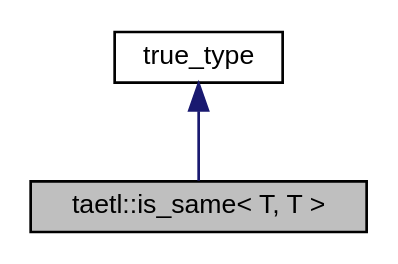
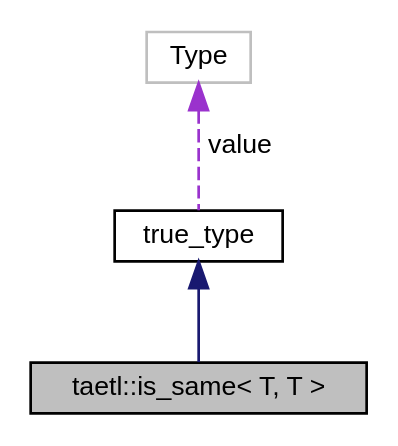
The diagram in structtaetl_1_1is__same_3_01T_00_01T_01_4__coll__graph.dot (tobanteAudio/taetl), drawn with Graphviz before and after one commit. The commit also changed 111 other files, not shown here.

```diff
--- a/structtaetl_1_1is__same_3_01T_00_01T_01_4__coll__graph.dot
+++ b/structtaetl_1_1is__same_3_01T_00_01T_01_4__coll__graph.dot
@@ -1,8 +1,10 @@
 digraph "taetl::is_same&lt; T, T &gt;"
 {
   edge [fontname="Helvetica",fontsize="10",labelfontname="Helvetica",labelfontsize="10"];
   node [fontname="Helvetica",fontsize="10",shape=record];
   Node2 [label="taetl::is_same\< T, T \>",height=0.2,width=0.4,color="black", fillcolor="grey75", style="filled", fontcolor="black"];
   Node3 -> Node2 [dir="back",color="midnightblue",fontsize="10",style="solid",fontname="Helvetica"];
   Node3 [label="true_type",height=0.2,width=0.4,color="black", fillcolor="white", style="filled",URL="$structtaetl_1_1integral__constant.html"];
+  Node4 -> Node3 [dir="back",color="darkorchid3",fontsize="10",style="dashed",label=" value" ,fontname="Helvetica"];
+  Node4 [label="Type",height=0.2,width=0.4,color="grey75", fillcolor="white", style="filled"];
 }
```
